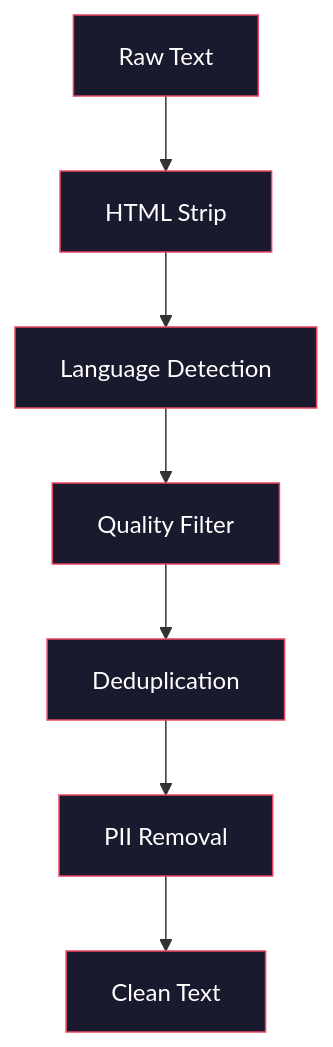
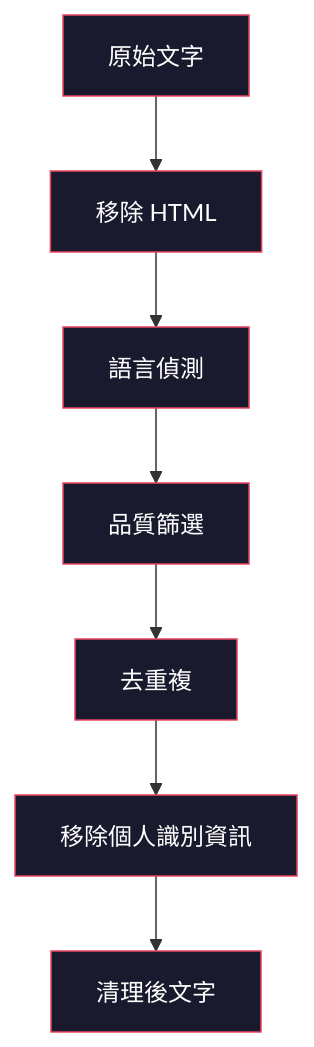
The first of 3 diagrams in i18n/zh-TW/phases/10-llms-from-scratch/03-data-pipelines/docs/zh-TW.md (edward821220/ai-engineering-from-scratch), drawn with Mermaid before and after one commit. The commit also changed other lines of this file and 123 other files, not shown here.

````diff
--- a/i18n/zh-TW/phases/10-llms-from-scratch/03-data-pipelines/docs/zh-TW.md
+++ b/i18n/zh-TW/phases/10-llms-from-scratch/03-data-pipelines/docs/zh-TW.md
@@ -63,17 +63,17 @@
 ```mermaid
 graph TD
-    A[Raw Text] --> B[HTML Strip]
-    B --> C[Language Detection]
-    C --> D[Quality Filter]
-    D --> E[Deduplication]
-    E --> F[PII Removal]
-    F --> G[Clean Text]
+    A[原始文字] --> B[移除 HTML]
+    B --> C[語言偵測]
+    C --> D[品質篩選]
+    D --> E[去重複]
+    E --> F[移除個人識別資訊]
+    F --> G[清理後文字]
 
     style A fill:#1a1a2e,stroke:#e94560,color:#fff
     style B fill:#1a1a2e,stroke:#e94560,color:#fff
     style C fill:#1a1a2e,stroke:#e94560,color:#fff
     style D fill:#1a1a2e,stroke:#e94560,color:#fff
     style E fill:#1a1a2e,stroke:#e94560,color:#fff
     style F fill:#1a1a2e,stroke:#e94560,color:#fff
     style G fill:#1a1a2e,stroke:#e94560,color:#fff
 ```
````
